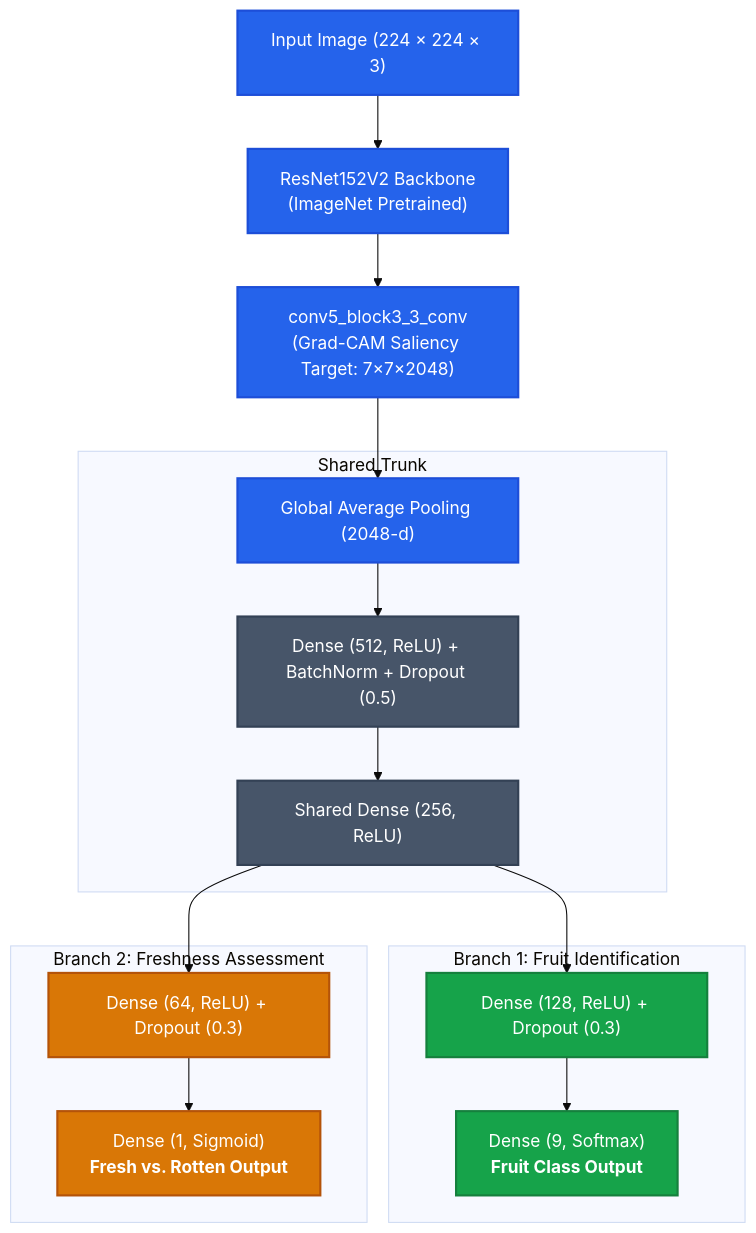
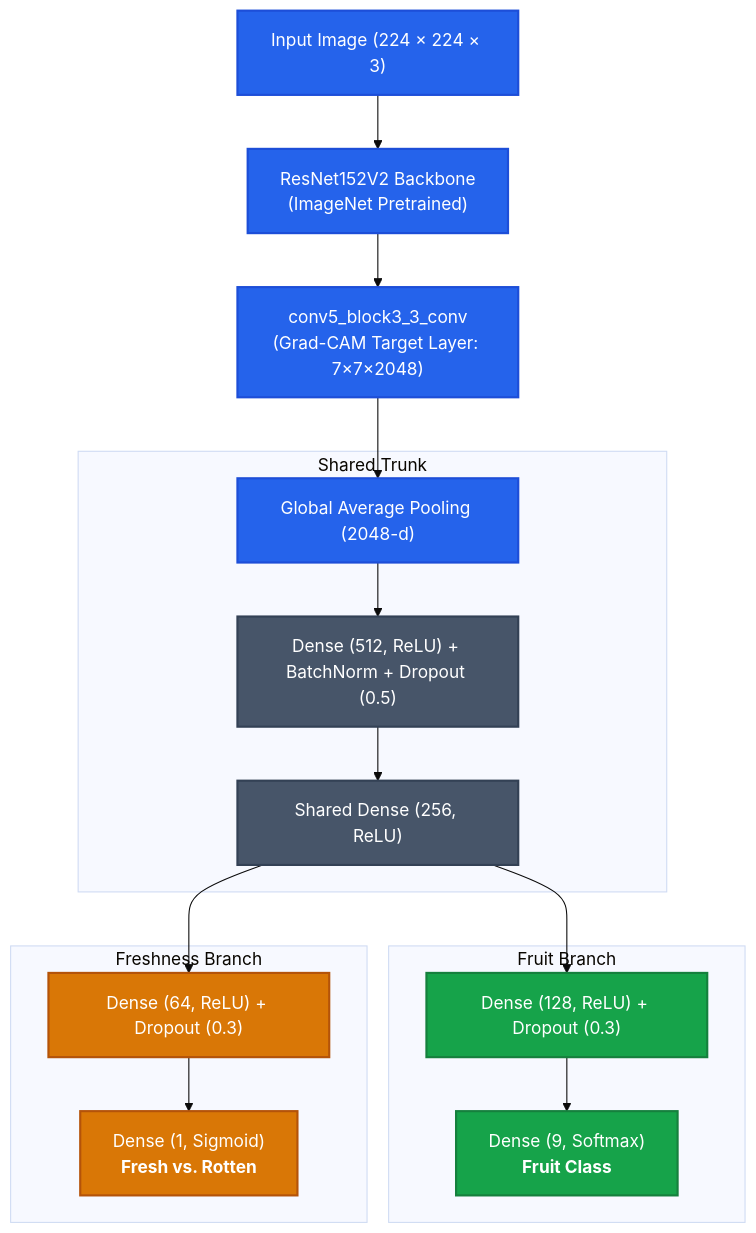
Before and after one commit to RifatHossaiN47/conference-fruit-freshness-xai: the diagram in README.md, drawn with Mermaid (base theme). The commit also changed other lines of this file, not shown here.

````diff
--- a/README.md
+++ b/README.md
@@ -103,31 +101,31 @@
 ```mermaid
 flowchart TD
     A["Input Image (224 × 224 × 3)"] --> B["ResNet152V2 Backbone<br/>(ImageNet Pretrained)"]
-    B --> C["conv5_block3_3_conv<br/>(Grad-CAM Saliency Target: 7×7×2048)"]
+    B --> C["conv5_block3_3_conv<br/>(Grad-CAM Target Layer: 7×7×2048)"]
     C --> D["Global Average Pooling (2048-d)"]
     
     subgraph Shared_Trunk ["Shared Trunk"]
         D --> E["Dense (512, ReLU) + BatchNorm + Dropout (0.5)"]
         E --> F["Shared Dense (256, ReLU)"]
     end
     
-    subgraph Fruit_Branch ["Branch 1: Fruit Identification"]
+    subgraph Fruit_Branch ["Fruit Branch"]
         F --> G["Dense (128, ReLU) + Dropout (0.3)"]
-        G --> H["Dense (9, Softmax)<br/><b>Fruit Class Output</b>"]
+        G --> H["Dense (9, Softmax)<br/><b>Fruit Class</b>"]
     end
     
-    subgraph Freshness_Branch ["Branch 2: Freshness Assessment"]
+    subgraph Freshness_Branch ["Freshness Branch"]
         F --> I["Dense (64, ReLU) + Dropout (0.3)"]
-        I --> J["Dense (1, Sigmoid)<br/><b>Fresh vs. Rotten Output</b>"]
+        I --> J["Dense (1, Sigmoid)<br/><b>Fresh vs. Rotten</b>"]
     end
 
     classDef primary fill:#2563EB,stroke:#1D4ED8,stroke-width:2px,color:#fff;
     classDef branchA fill:#16A34A,stroke:#15803D,stroke-width:2px,color:#fff;
     classDef branchB fill:#D97706,stroke:#B45309,stroke-width:2px,color:#fff;
     classDef shared fill:#475569,stroke:#334155,stroke-width:2px,color:#fff;
     
     class A,B,C,D primary;
     class E,F shared;
     class G,H branchA;
     class I,J branchB;
 ```
````
